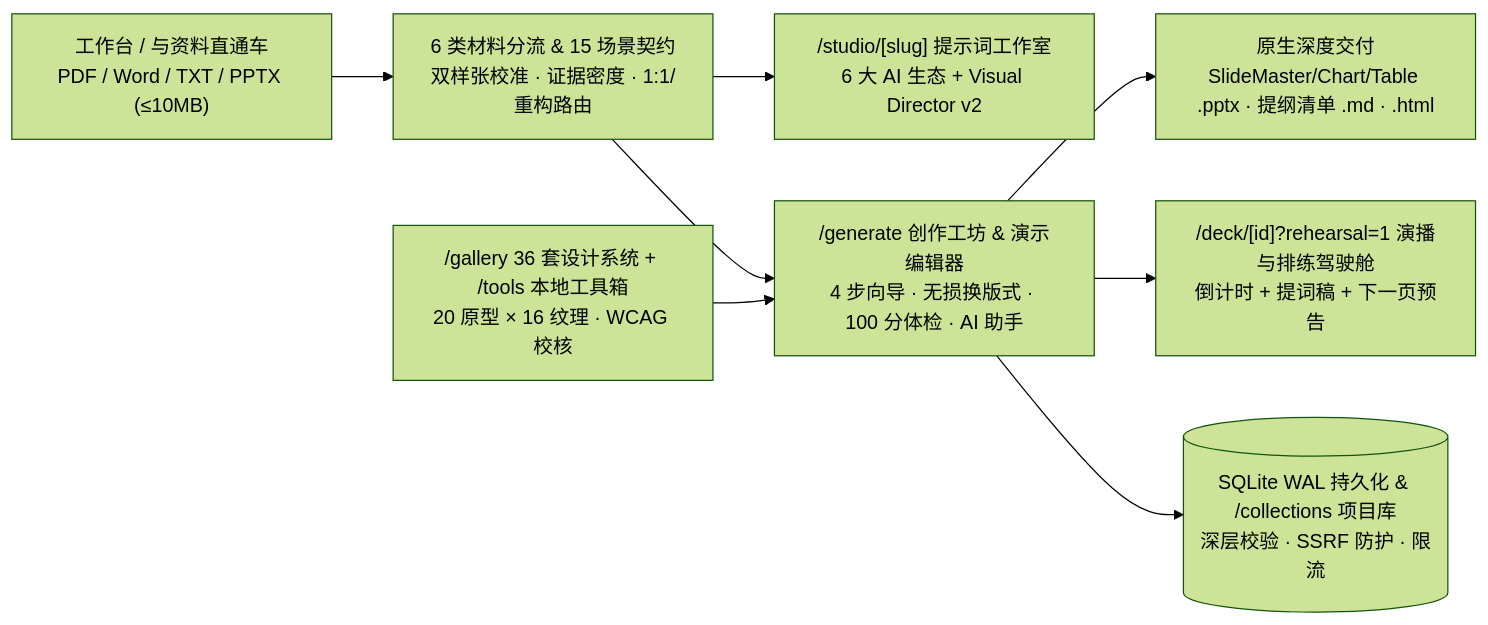
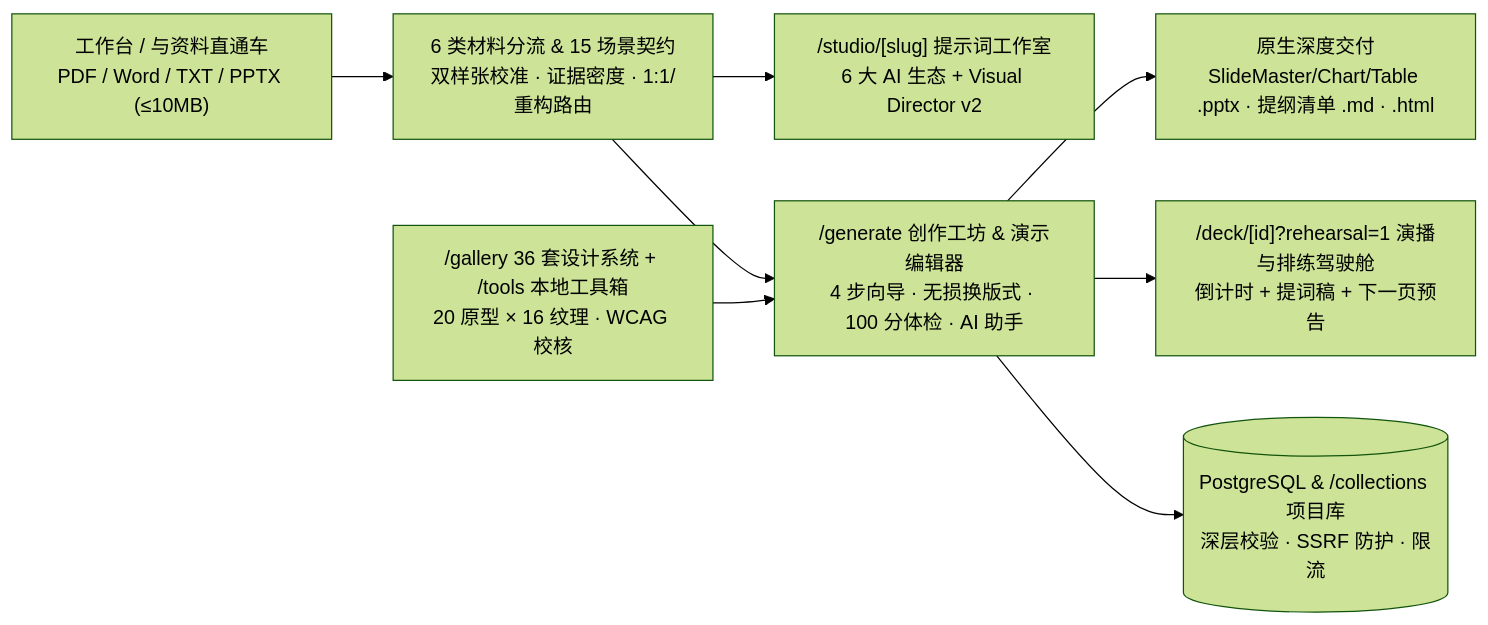
One commit to curtainchris233-hub/PPTGod changed the diagram in README.md. Above: the diagram before and after it, drawn with Mermaid (forest theme). The commit also changed other lines of this file and 91 other files, not shown here.

````diff
--- a/README.md
+++ b/README.md
@@ -154,10 +153,10 @@
 ```mermaid
 flowchart LR
     D["工作台 / 与资料直通车\nPDF / Word / TXT / PPTX (≤10MB)"] --> A["6 类材料分流 & 15 场景契约\n双样张校准 · 证据密度 · 1:1/重构路由"]
     A --> C["/studio/[slug] 提示词工作室\n6 大 AI 生态 + Visual Director v2"]
     A --> E["/generate 创作工坊 & 演示编辑器\n4 步向导 · 无损换版式 · 100 分体检 · AI 助手"]
     B["/gallery 36 套设计系统 + /tools 本地工具箱\n20 原型 × 16 纹理 · WCAG 校核"] --> E
     E --> F["原生深度交付\nSlideMaster/Chart/Table .pptx · 提纲清单 .md · .html"]
     E --> G["/deck/[id]?rehearsal=1 演播与排练驾驶舱\n倒计时 + 提词稿 + 下一页预告"]
-    E --> H[("SQLite WAL 持久化 & /collections 项目库\n深层校验 · SSRF 防护 · 限流")]
+    E --> H[("PostgreSQL & /collections 项目库\n深层校验 · SSRF 防护 · 限流")]
 ```
````
